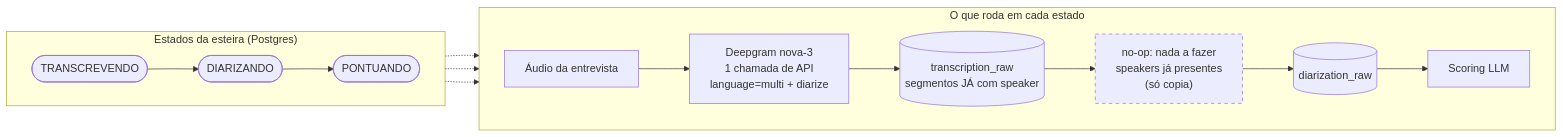
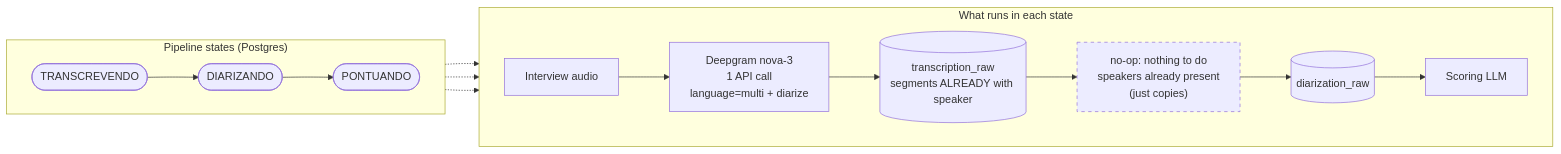
The second of 3 diagrams in README.md (luccapinto/scorecard-pipeline), drawn with Mermaid before and after one commit. The commit also changed other lines of this file, not shown here.

````diff
--- a/README.md
+++ b/README.md
@@ -110,22 +109,22 @@
 ```mermaid
 flowchart LR
-    subgraph estados ["Estados da esteira (Postgres)"]
+    subgraph estados ["Pipeline states (Postgres)"]
         direction LR
         S1([TRANSCREVENDO]) --> S2([DIARIZANDO]) --> S3([PONTUANDO])
     end
 
-    subgraph trabalho ["O que roda em cada estado"]
+    subgraph trabalho ["What runs in each state"]
         direction LR
-        Audio[Áudio da entrevista] --> DG["Deepgram nova-3<br/>1 chamada de API<br/>language=multi + diarize"]
-        DG --> TR[("transcription_raw<br/>segmentos JÁ com speaker")]
-        TR --> NOOP["no-op: nada a fazer<br/>speakers já presentes<br/>(só copia)"]
+        Audio[Interview audio] --> DG["Deepgram nova-3<br/>1 API call<br/>language=multi + diarize"]
+        DG --> TR[("transcription_raw<br/>segments ALREADY with speaker")]
+        TR --> NOOP["no-op: nothing to do<br/>speakers already present<br/>(just copies)"]
         NOOP --> DR[("diarization_raw")]
-        DR --> Scoring["Scoring LLM"]
+        DR --> Scoring[Scoring LLM]
     end
 
     S1 -.-> DG
     S2 -.-> NOOP
     S3 -.-> Scoring
 
     style NOOP stroke-dasharray: 5 5
 ```
````
